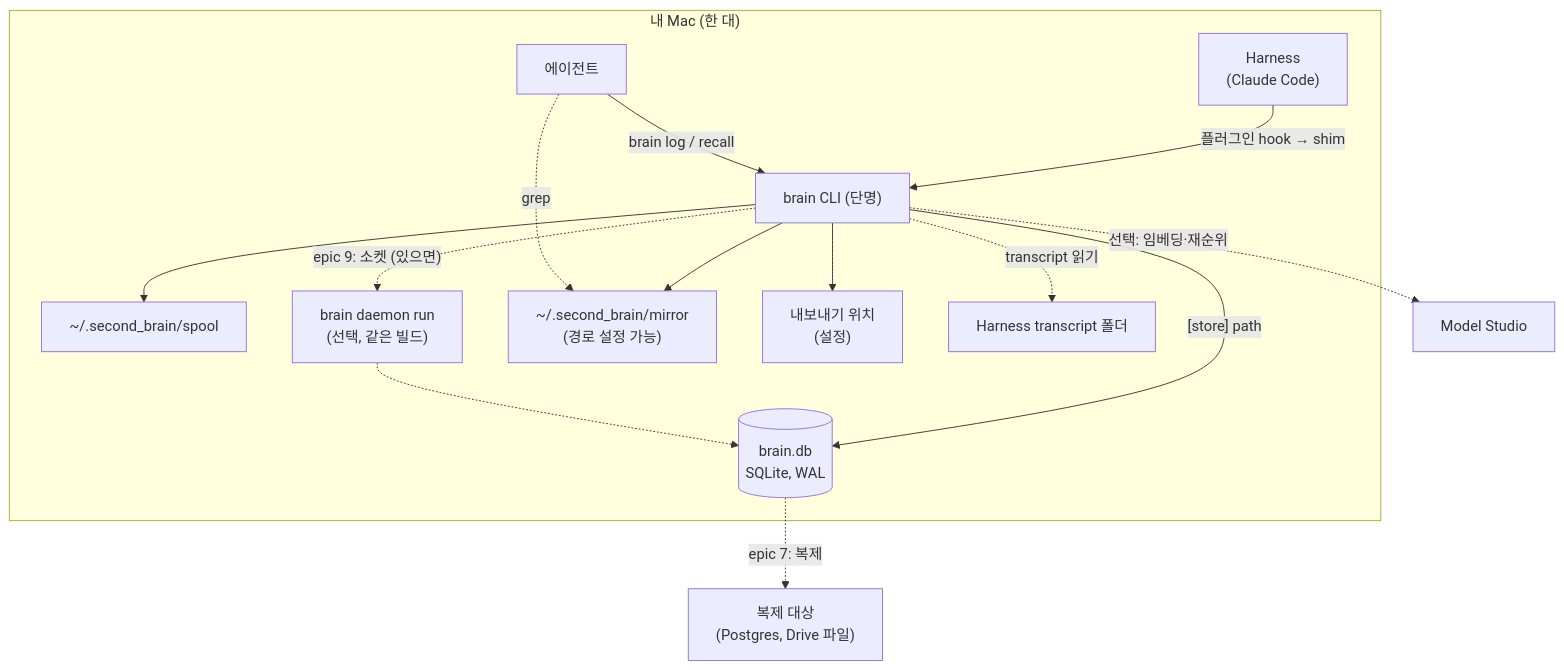
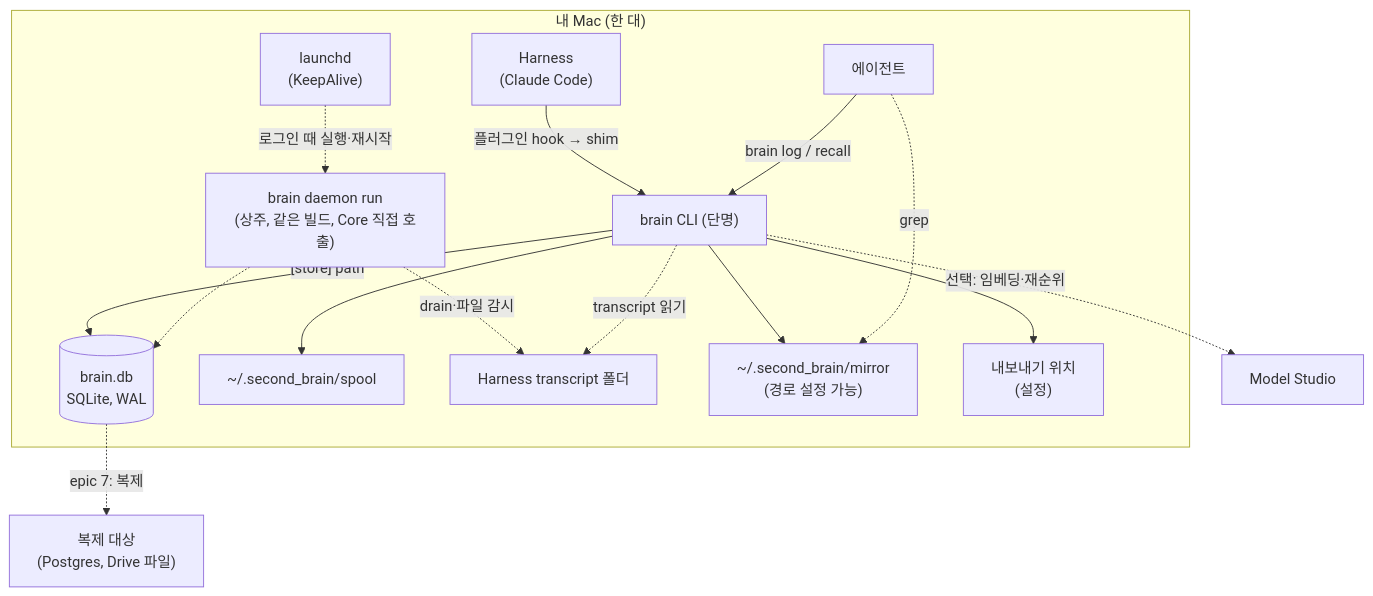
Before and after one commit to gmae199boy/second-brain: the fourth of 4 diagrams in _bmad-output/personal-brain/architecture-brain-v1-slice-1/architecture-brain-v1-slice-1.md, drawn with Mermaid. The commit also changed other lines of this file and 19 other files, not shown here.

````diff
--- a/_bmad-output/personal-brain/architecture-brain-v1-slice-1/architecture-brain-v1-slice-1.md
+++ b/_bmad-output/personal-brain/architecture-brain-v1-slice-1/architecture-brain-v1-slice-1.md
@@ -547,17 +558,18 @@
 ```mermaid
 flowchart TB
   subgraph mac["내 Mac (한 대)"]
     harness["Harness<br/>(Claude Code)"] -- "플러그인 hook → shim" --> brain["brain CLI (단명)"]
     agent["에이전트"] -- "brain log / recall" --> brain
     brain -- "[store] path" --> db[("brain.db<br/>SQLite, WAL")]
     brain --> spool["~/.second_brain/spool"]
-    brain -. "epic 9: 소켓 (있으면)" .-> daemon["brain daemon run<br/>(선택, 같은 빌드)"]
+    launchd["launchd<br/>(KeepAlive)"] -. "로그인 때 실행·재시작" .-> daemon["brain daemon run<br/>(상주, 같은 빌드, Core 직접 호출)"]
+    daemon -. "drain·파일 감시" .-> tr
     daemon -.-> db
     brain --> mirror["~/.second_brain/mirror<br/>(경로 설정 가능)"]
     brain --> exp["내보내기 위치<br/>(설정)"]
     brain -. "transcript 읽기" .-> tr["Harness transcript 폴더"]
     agent -. "grep" .-> mirror
   end
   brain -. "선택: 임베딩·재순위" .-> ms["Model Studio"]
   db -. "epic 7: 복제" .-> rep["복제 대상<br/>(Postgres, Drive 파일)"]
 ```
````
